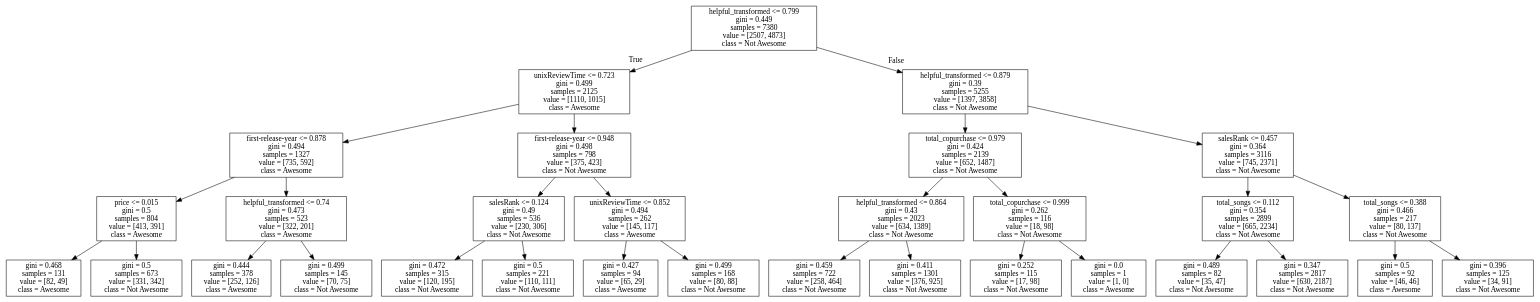
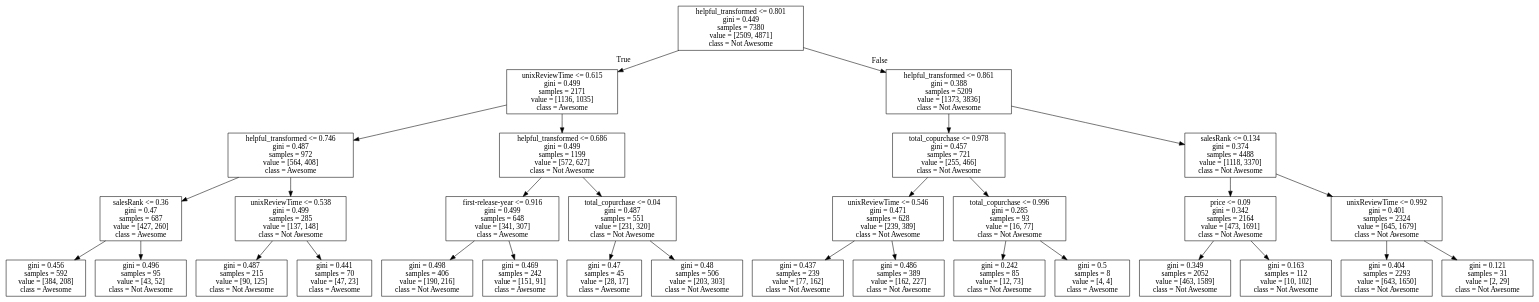
One commit to charliecarver/cosc247 changed the diagram in testing/mingi/decision-tree.dot. Above: the diagram before and after it, drawn with Graphviz. The commit also changed 1 other file, not shown here.

```diff
--- a/testing/mingi/decision-tree.dot
+++ b/testing/mingi/decision-tree.dot
@@ -1,64 +1,64 @@
 digraph Tree {
 node [shape=box] ;
-0 [label="helpful_transformed <= 0.799\ngini = 0.449\nsamples = 7380\nvalue = [2507, 4873]\nclass = Not Awesome"] ;
-1 [label="unixReviewTime <= 0.723\ngini = 0.499\nsamples = 2125\nvalue = [1110, 1015]\nclass = Awesome"] ;
+0 [label="helpful_transformed <= 0.801\ngini = 0.449\nsamples = 7380\nvalue = [2509, 4871]\nclass = Not Awesome"] ;
+1 [label="unixReviewTime <= 0.615\ngini = 0.499\nsamples = 2171\nvalue = [1136, 1035]\nclass = Awesome"] ;
 0 -> 1 [labeldistance=2.5, labelangle=45, headlabel="True"] ;
-2 [label="first-release-year <= 0.878\ngini = 0.494\nsamples = 1327\nvalue = [735, 592]\nclass = Awesome"] ;
+2 [label="helpful_transformed <= 0.746\ngini = 0.487\nsamples = 972\nvalue = [564, 408]\nclass = Awesome"] ;
 1 -> 2 ;
-3 [label="price <= 0.015\ngini = 0.5\nsamples = 804\nvalue = [413, 391]\nclass = Awesome"] ;
+3 [label="salesRank <= 0.36\ngini = 0.47\nsamples = 687\nvalue = [427, 260]\nclass = Awesome"] ;
 2 -> 3 ;
-4 [label="gini = 0.468\nsamples = 131\nvalue = [82, 49]\nclass = Awesome"] ;
+4 [label="gini = 0.456\nsamples = 592\nvalue = [384, 208]\nclass = Awesome"] ;
 3 -> 4 ;
-5 [label="gini = 0.5\nsamples = 673\nvalue = [331, 342]\nclass = Not Awesome"] ;
+5 [label="gini = 0.496\nsamples = 95\nvalue = [43, 52]\nclass = Not Awesome"] ;
 3 -> 5 ;
-6 [label="helpful_transformed <= 0.74\ngini = 0.473\nsamples = 523\nvalue = [322, 201]\nclass = Awesome"] ;
+6 [label="unixReviewTime <= 0.538\ngini = 0.499\nsamples = 285\nvalue = [137, 148]\nclass = Not Awesome"] ;
 2 -> 6 ;
-7 [label="gini = 0.444\nsamples = 378\nvalue = [252, 126]\nclass = Awesome"] ;
+7 [label="gini = 0.487\nsamples = 215\nvalue = [90, 125]\nclass = Not Awesome"] ;
 6 -> 7 ;
-8 [label="gini = 0.499\nsamples = 145\nvalue = [70, 75]\nclass = Not Awesome"] ;
+8 [label="gini = 0.441\nsamples = 70\nvalue = [47, 23]\nclass = Awesome"] ;
 6 -> 8 ;
-9 [label="first-release-year <= 0.948\ngini = 0.498\nsamples = 798\nvalue = [375, 423]\nclass = Not Awesome"] ;
+9 [label="helpful_transformed <= 0.686\ngini = 0.499\nsamples = 1199\nvalue = [572, 627]\nclass = Not Awesome"] ;
 1 -> 9 ;
-10 [label="salesRank <= 0.124\ngini = 0.49\nsamples = 536\nvalue = [230, 306]\nclass = Not Awesome"] ;
+10 [label="first-release-year <= 0.916\ngini = 0.499\nsamples = 648\nvalue = [341, 307]\nclass = Awesome"] ;
 9 -> 10 ;
-11 [label="gini = 0.472\nsamples = 315\nvalue = [120, 195]\nclass = Not Awesome"] ;
+11 [label="gini = 0.498\nsamples = 406\nvalue = [190, 216]\nclass = Not Awesome"] ;
 10 -> 11 ;
-12 [label="gini = 0.5\nsamples = 221\nvalue = [110, 111]\nclass = Not Awesome"] ;
+12 [label="gini = 0.469\nsamples = 242\nvalue = [151, 91]\nclass = Awesome"] ;
 10 -> 12 ;
-13 [label="unixReviewTime <= 0.852\ngini = 0.494\nsamples = 262\nvalue = [145, 117]\nclass = Awesome"] ;
+13 [label="total_copurchase <= 0.04\ngini = 0.487\nsamples = 551\nvalue = [231, 320]\nclass = Not Awesome"] ;
 9 -> 13 ;
-14 [label="gini = 0.427\nsamples = 94\nvalue = [65, 29]\nclass = Awesome"] ;
+14 [label="gini = 0.47\nsamples = 45\nvalue = [28, 17]\nclass = Awesome"] ;
 13 -> 14 ;
-15 [label="gini = 0.499\nsamples = 168\nvalue = [80, 88]\nclass = Not Awesome"] ;
+15 [label="gini = 0.48\nsamples = 506\nvalue = [203, 303]\nclass = Not Awesome"] ;
 13 -> 15 ;
-16 [label="helpful_transformed <= 0.879\ngini = 0.39\nsamples = 5255\nvalue = [1397, 3858]\nclass = Not Awesome"] ;
+16 [label="helpful_transformed <= 0.861\ngini = 0.388\nsamples = 5209\nvalue = [1373, 3836]\nclass = Not Awesome"] ;
 0 -> 16 [labeldistance=2.5, labelangle=-45, headlabel="False"] ;
-17 [label="total_copurchase <= 0.979\ngini = 0.424\nsamples = 2139\nvalue = [652, 1487]\nclass = Not Awesome"] ;
+17 [label="total_copurchase <= 0.978\ngini = 0.457\nsamples = 721\nvalue = [255, 466]\nclass = Not Awesome"] ;
 16 -> 17 ;
-18 [label="helpful_transformed <= 0.864\ngini = 0.43\nsamples = 2023\nvalue = [634, 1389]\nclass = Not Awesome"] ;
+18 [label="unixReviewTime <= 0.546\ngini = 0.471\nsamples = 628\nvalue = [239, 389]\nclass = Not Awesome"] ;
 17 -> 18 ;
-19 [label="gini = 0.459\nsamples = 722\nvalue = [258, 464]\nclass = Not Awesome"] ;
+19 [label="gini = 0.437\nsamples = 239\nvalue = [77, 162]\nclass = Not Awesome"] ;
 18 -> 19 ;
-20 [label="gini = 0.411\nsamples = 1301\nvalue = [376, 925]\nclass = Not Awesome"] ;
+20 [label="gini = 0.486\nsamples = 389\nvalue = [162, 227]\nclass = Not Awesome"] ;
 18 -> 20 ;
-21 [label="total_copurchase <= 0.999\ngini = 0.262\nsamples = 116\nvalue = [18, 98]\nclass = Not Awesome"] ;
+21 [label="total_copurchase <= 0.996\ngini = 0.285\nsamples = 93\nvalue = [16, 77]\nclass = Not Awesome"] ;
 17 -> 21 ;
-22 [label="gini = 0.252\nsamples = 115\nvalue = [17, 98]\nclass = Not Awesome"] ;
+22 [label="gini = 0.242\nsamples = 85\nvalue = [12, 73]\nclass = Not Awesome"] ;
 21 -> 22 ;
-23 [label="gini = 0.0\nsamples = 1\nvalue = [1, 0]\nclass = Awesome"] ;
+23 [label="gini = 0.5\nsamples = 8\nvalue = [4, 4]\nclass = Awesome"] ;
 21 -> 23 ;
-24 [label="salesRank <= 0.457\ngini = 0.364\nsamples = 3116\nvalue = [745, 2371]\nclass = Not Awesome"] ;
+24 [label="salesRank <= 0.134\ngini = 0.374\nsamples = 4488\nvalue = [1118, 3370]\nclass = Not Awesome"] ;
 16 -> 24 ;
-25 [label="total_songs <= 0.112\ngini = 0.354\nsamples = 2899\nvalue = [665, 2234]\nclass = Not Awesome"] ;
+25 [label="price <= 0.09\ngini = 0.342\nsamples = 2164\nvalue = [473, 1691]\nclass = Not Awesome"] ;
 24 -> 25 ;
-26 [label="gini = 0.489\nsamples = 82\nvalue = [35, 47]\nclass = Not Awesome"] ;
+26 [label="gini = 0.349\nsamples = 2052\nvalue = [463, 1589]\nclass = Not Awesome"] ;
 25 -> 26 ;
-27 [label="gini = 0.347\nsamples = 2817\nvalue = [630, 2187]\nclass = Not Awesome"] ;
+27 [label="gini = 0.163\nsamples = 112\nvalue = [10, 102]\nclass = Not Awesome"] ;
 25 -> 27 ;
-28 [label="total_songs <= 0.388\ngini = 0.466\nsamples = 217\nvalue = [80, 137]\nclass = Not Awesome"] ;
+28 [label="unixReviewTime <= 0.992\ngini = 0.401\nsamples = 2324\nvalue = [645, 1679]\nclass = Not Awesome"] ;
 24 -> 28 ;
-29 [label="gini = 0.5\nsamples = 92\nvalue = [46, 46]\nclass = Awesome"] ;
+29 [label="gini = 0.404\nsamples = 2293\nvalue = [643, 1650]\nclass = Not Awesome"] ;
 28 -> 29 ;
-30 [label="gini = 0.396\nsamples = 125\nvalue = [34, 91]\nclass = Not Awesome"] ;
+30 [label="gini = 0.121\nsamples = 31\nvalue = [2, 29]\nclass = Not Awesome"] ;
 28 -> 30 ;
 }
```
